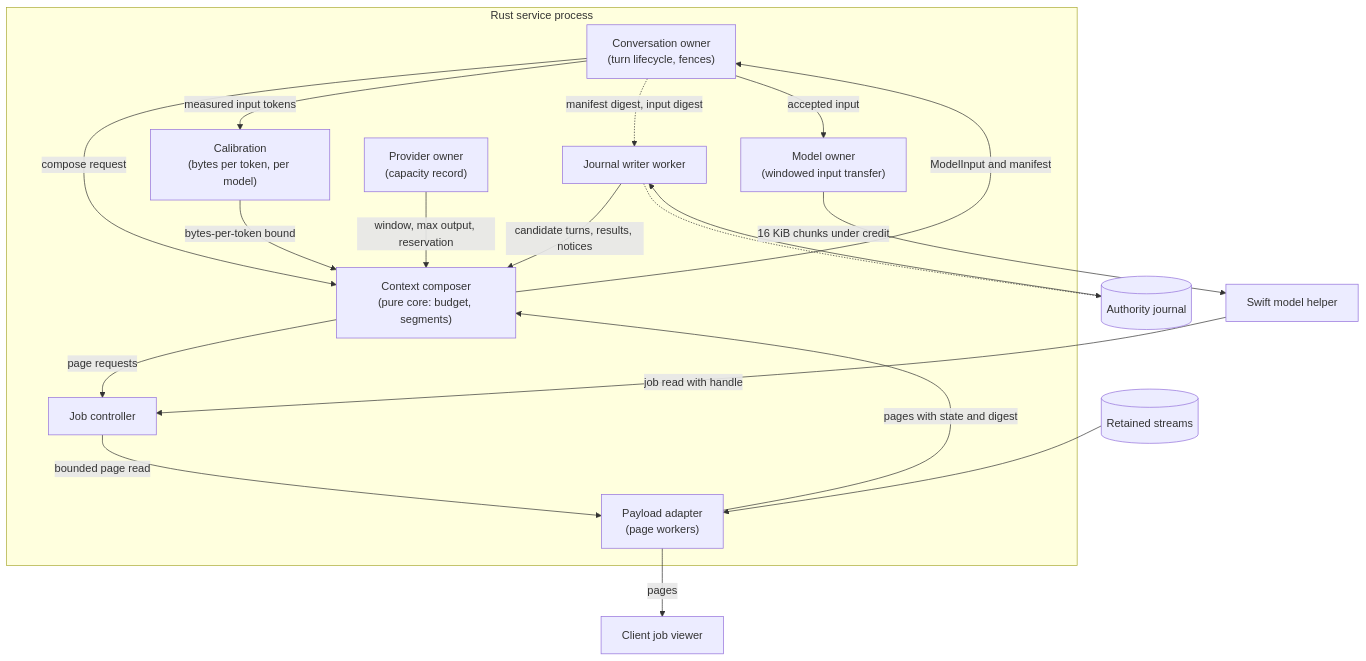
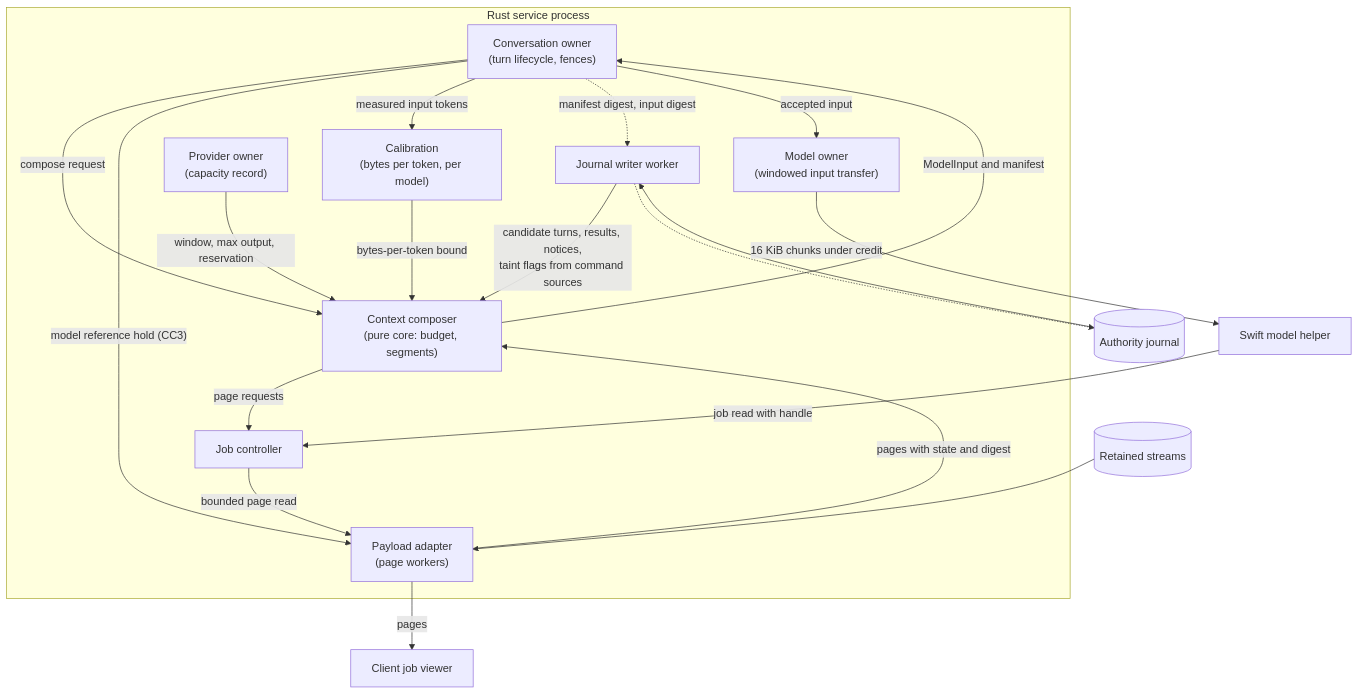
The first of 9 diagrams in docs/designs/context-composer.md (pidster/asura), drawn with Mermaid before and after one commit. The commit also changed other lines of this file and 5 other files, not shown here.

````diff
--- a/docs/designs/context-composer.md
+++ b/docs/designs/context-composer.md
@@ -196,35 +209,36 @@
 ```mermaid
 flowchart TD
     subgraph Service["Rust service process"]
         Conv["Conversation owner<br/>(turn lifecycle, fences)"]
         Comp["Context composer<br/>(pure core: budget, segments)"]
         Cal["Calibration<br/>(bytes per token, per model)"]
         Writer["Journal writer worker"]
         Jobs["Job controller"]
         Pay["Payload adapter<br/>(page workers)"]
         Cap["Provider owner<br/>(capacity record)"]
         MO["Model owner<br/>(windowed input transfer)"]
     end
     J[("Authority journal")]
     S[("Retained streams")]
     H["Swift model helper"]
     UI["Client job viewer"]
 
     Conv -->|"compose request"| Comp
-    Writer -->|"candidate turns, results, notices"| Comp
+    Writer -->|"candidate turns, results, notices,<br/>taint flags from command sources"| Comp
+    Conv -->|"model reference hold (CC3)"| Pay
     J --> Writer
     Cap -->|"window, max output, reservation"| Comp
     Cal -->|"bytes-per-token bound"| Comp
     Conv -->|"measured input tokens"| Cal
     Comp -->|"page requests"| Jobs
     Jobs -->|"bounded page read"| Pay
     S --> Pay
     Pay -->|"pages with state and digest"| Comp
     Comp -->|"ModelInput and manifest"| Conv
     Conv -.->|"manifest digest, input digest"| Writer
     Writer -.-> J
     Conv -->|"accepted input"| MO
     MO -->|"16 KiB chunks under credit"| H
     H -->|"job read with handle"| Jobs
     Pay -->|"pages"| UI
 ```
````
